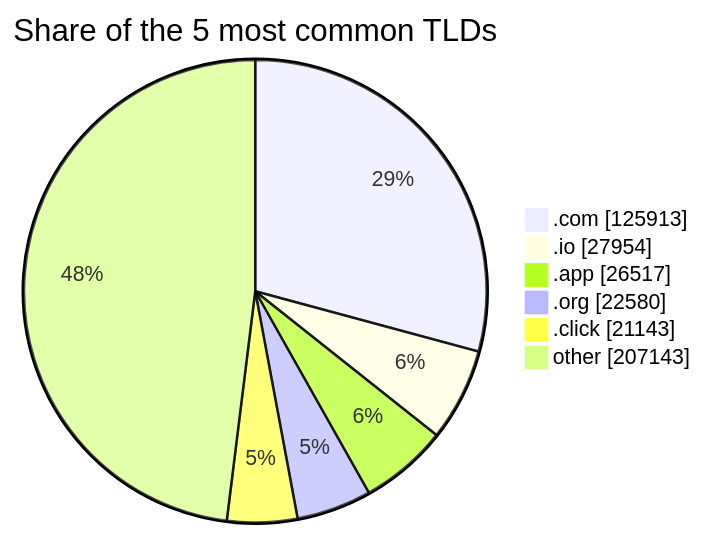
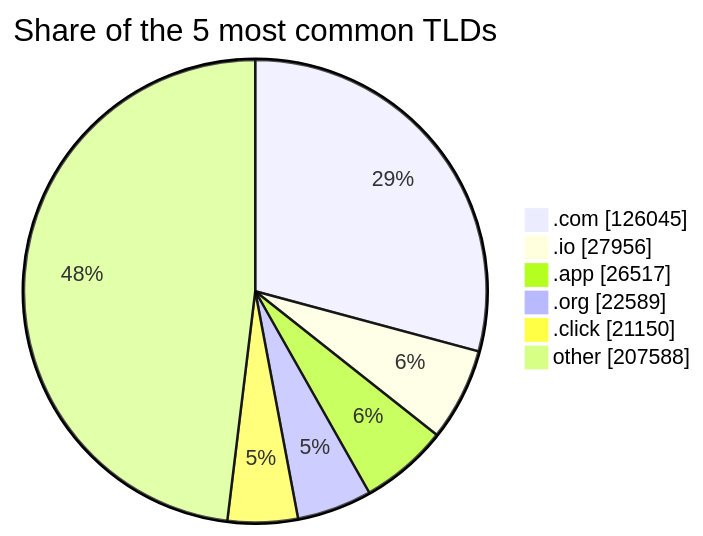
One commit to DNSBunker/CTI changed the third of 3 diagrams in README.md. Above: the diagram before and after it, drawn with Mermaid. The commit also changed other lines of this file and 3 other files, not shown here.

````diff
--- a/README.md
+++ b/README.md
@@ -81,9 +81,9 @@
 ```mermaid
 pie showData title Share of the 5 most common TLDs
-    ".com" : 125913
-    ".io" : 27954
+    ".com" : 126045
+    ".io" : 27956
     ".app" : 26517
-    ".org" : 22580
-    ".click" : 21143
-    "other" : 207143
+    ".org" : 22589
+    ".click" : 21150
+    "other" : 207588
 ```
````
